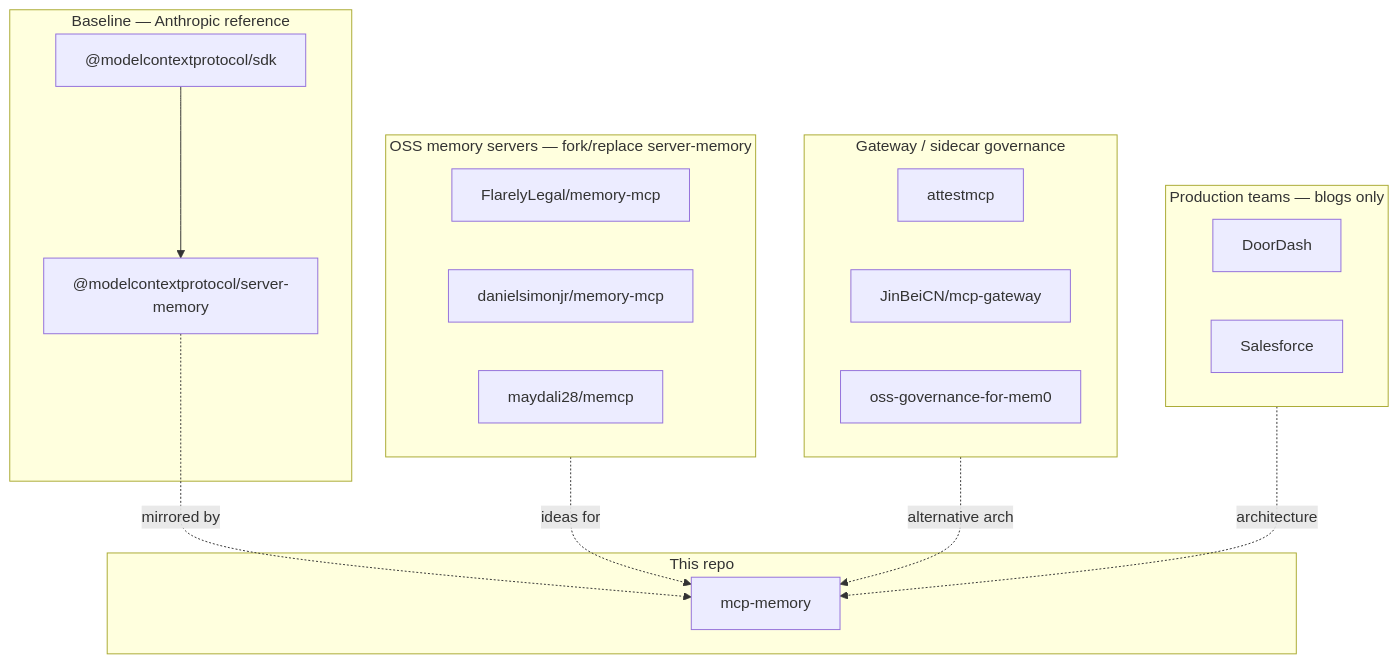
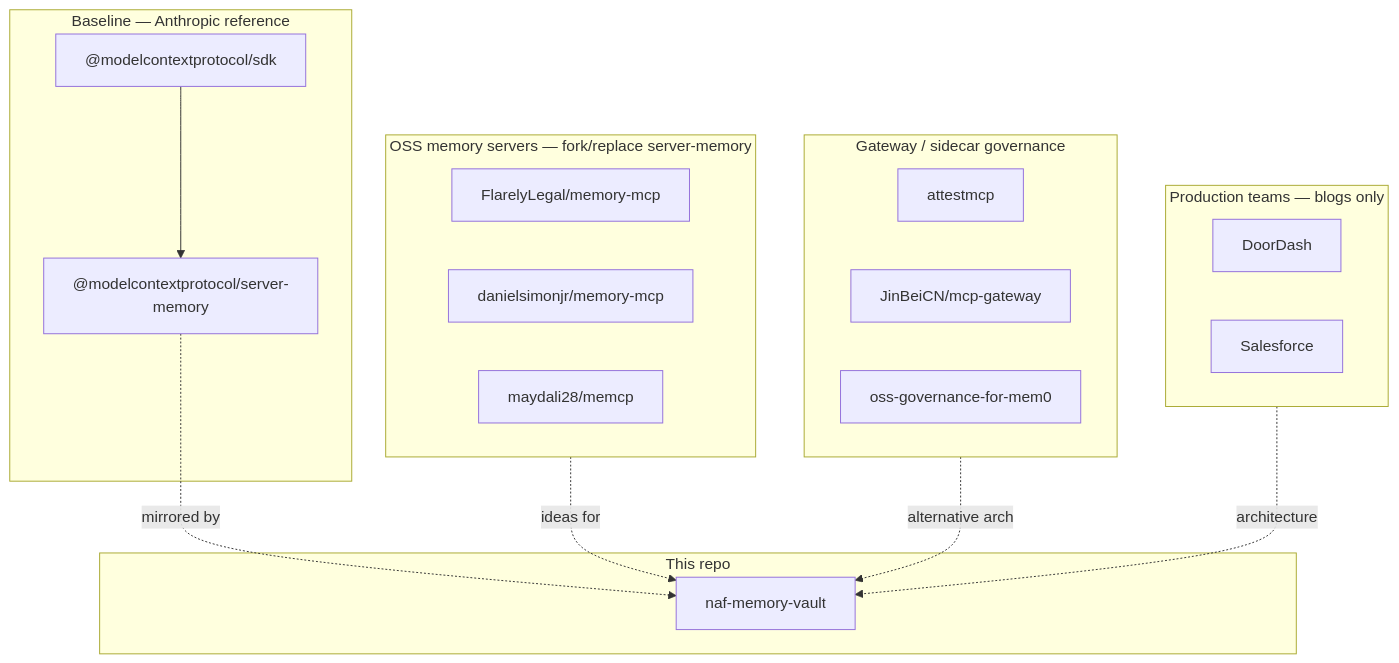
The diagram in docs/17-governed-memory-landscape.md (BraveToaster123/naf-memory-vault), drawn with Mermaid before and after one commit. The commit also changed other lines of this file and 10 other files, not shown here.

````diff
--- a/docs/17-governed-memory-landscape.md
+++ b/docs/17-governed-memory-landscape.md
@@ -27,34 +27,34 @@
 ```mermaid
 flowchart TB
   subgraph baseline [Baseline — Anthropic reference]
     SDK["@modelcontextprotocol/sdk"]
     SM["@modelcontextprotocol/server-memory"]
   end
 
   subgraph oss [OSS memory servers — fork/replace server-memory]
     FL[FlarelyLegal/memory-mcp]
     DS[danielsimonjr/memory-mcp]
     MC[maydali28/memcp]
   end
 
   subgraph gateway [Gateway / sidecar governance]
     AT[attestmcp]
     GW[JinBeiCN/mcp-gateway]
     M0G[oss-governance-for-mem0]
   end
 
   subgraph prod [Production teams — blogs only]
     DD[DoorDash]
     SF[Salesforce]
   end
 
   subgraph ours [This repo]
-    MQM[mcp-memory]
+    MQM[naf-memory-vault]
   end
 
   SDK --> SM
   SM -.mirrored by.-> MQM
   oss -.ideas for.-> MQM
   gateway -.alternative arch.-> MQM
   prod -.architecture.-> MQM
 ```
````
